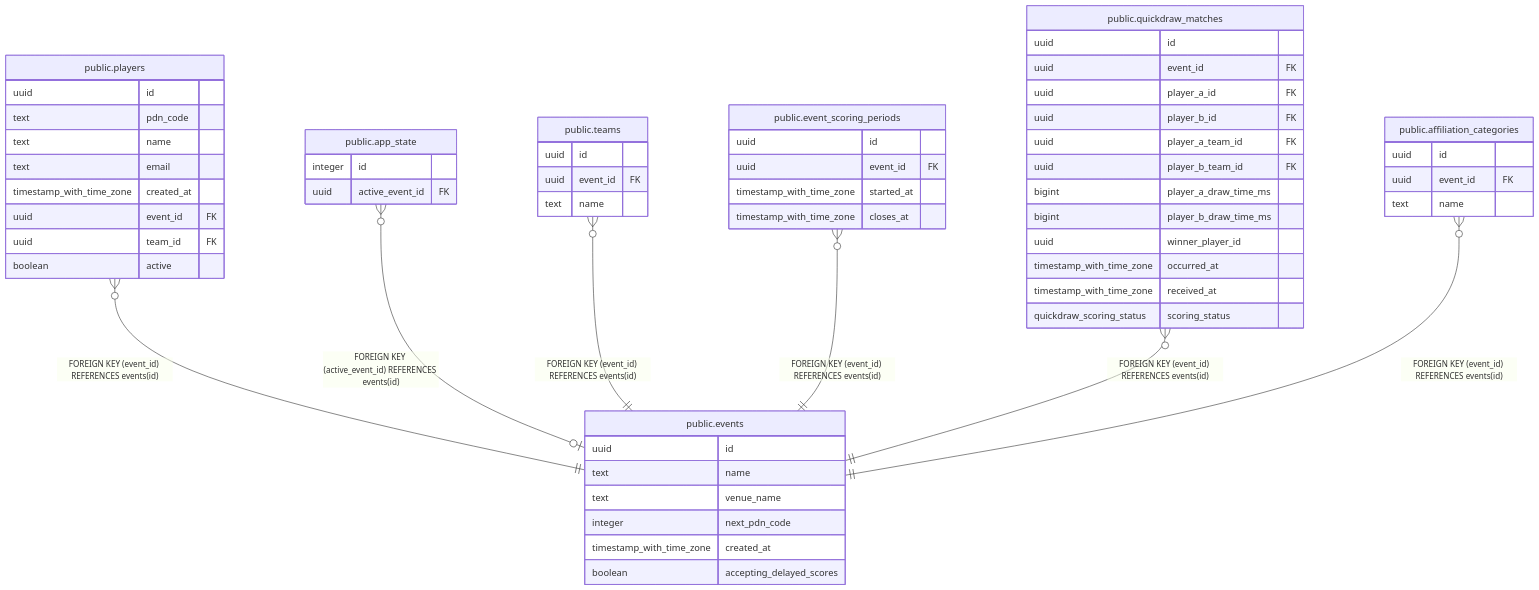
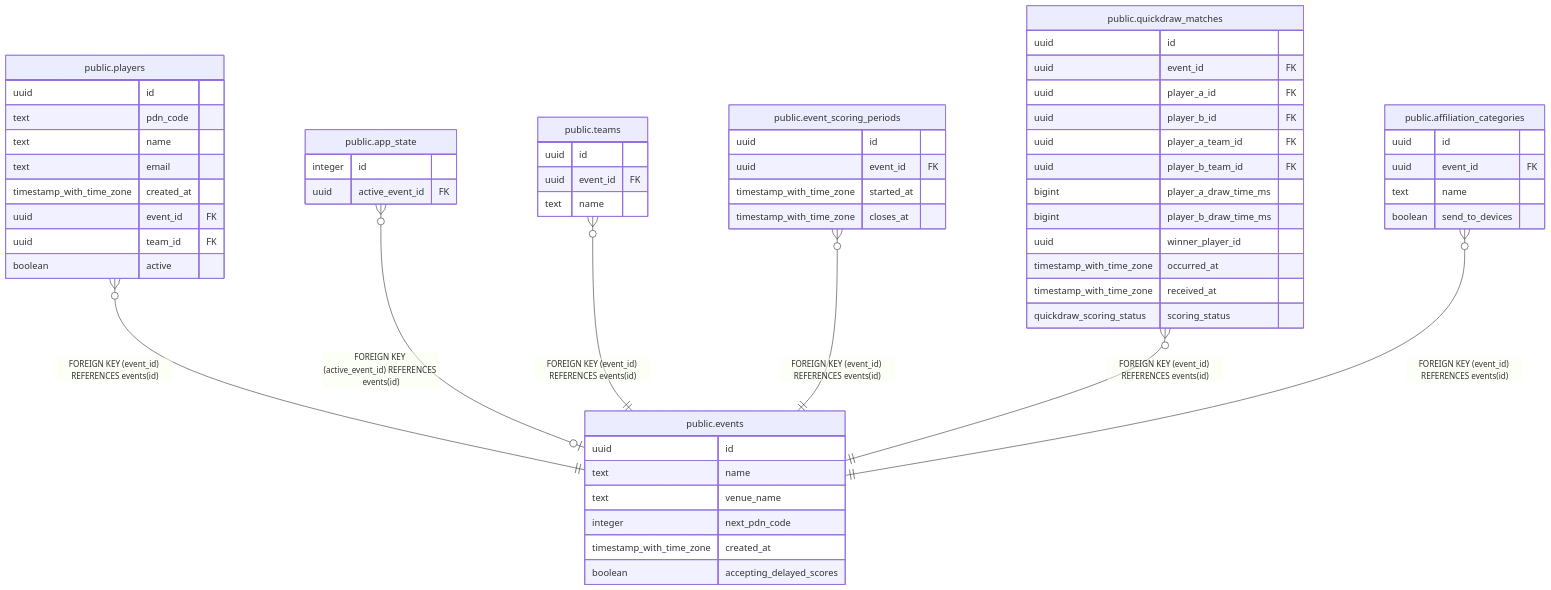
The diagram in docs/database/schema/public.events.md (alleycatassetacquisitions/alleycat-rs), drawn with Mermaid before and after one commit. The commit also changed 42 other files, not shown here.

````diff
--- a/docs/database/schema/public.events.md
+++ b/docs/database/schema/public.events.md
@@ -34,63 +34,64 @@
 ```mermaid
 erDiagram
 
 "public.players" }o--|| "public.events" : "FOREIGN KEY (event_id) REFERENCES events(id)"
 "public.app_state" }o--o| "public.events" : "FOREIGN KEY (active_event_id) REFERENCES events(id)"
 "public.teams" }o--|| "public.events" : "FOREIGN KEY (event_id) REFERENCES events(id)"
 "public.event_scoring_periods" }o--|| "public.events" : "FOREIGN KEY (event_id) REFERENCES events(id)"
 "public.quickdraw_matches" }o--|| "public.events" : "FOREIGN KEY (event_id) REFERENCES events(id)"
 "public.affiliation_categories" }o--|| "public.events" : "FOREIGN KEY (event_id) REFERENCES events(id)"
 
 "public.events" {
   uuid id
   text name
   text venue_name
   integer next_pdn_code
   timestamp_with_time_zone created_at
   boolean accepting_delayed_scores
 }
 "public.players" {
   uuid id
   text pdn_code
   text name
   text email
   timestamp_with_time_zone created_at
   uuid event_id FK
   uuid team_id FK
   boolean active
 }
 "public.app_state" {
   integer id
   uuid active_event_id FK
 }
 "public.teams" {
   uuid id
   uuid event_id FK
   text name
 }
 "public.event_scoring_periods" {
   uuid id
   uuid event_id FK
   timestamp_with_time_zone started_at
   timestamp_with_time_zone closes_at
 }
 "public.quickdraw_matches" {
   uuid id
   uuid event_id FK
   uuid player_a_id FK
   uuid player_b_id FK
   uuid player_a_team_id FK
   uuid player_b_team_id FK
   bigint player_a_draw_time_ms
   bigint player_b_draw_time_ms
   uuid winner_player_id
   timestamp_with_time_zone occurred_at
   timestamp_with_time_zone received_at
   quickdraw_scoring_status scoring_status
 }
 "public.affiliation_categories" {
   uuid id
   uuid event_id FK
   text name
+  boolean send_to_devices
 }
 ```
````
